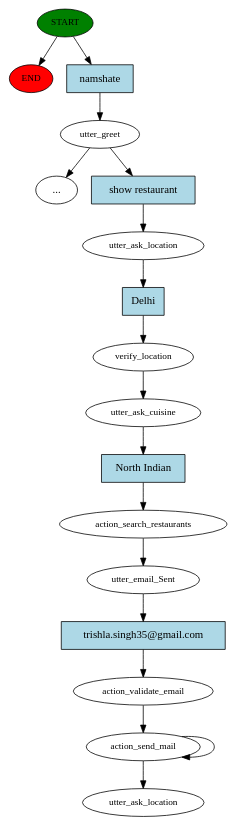
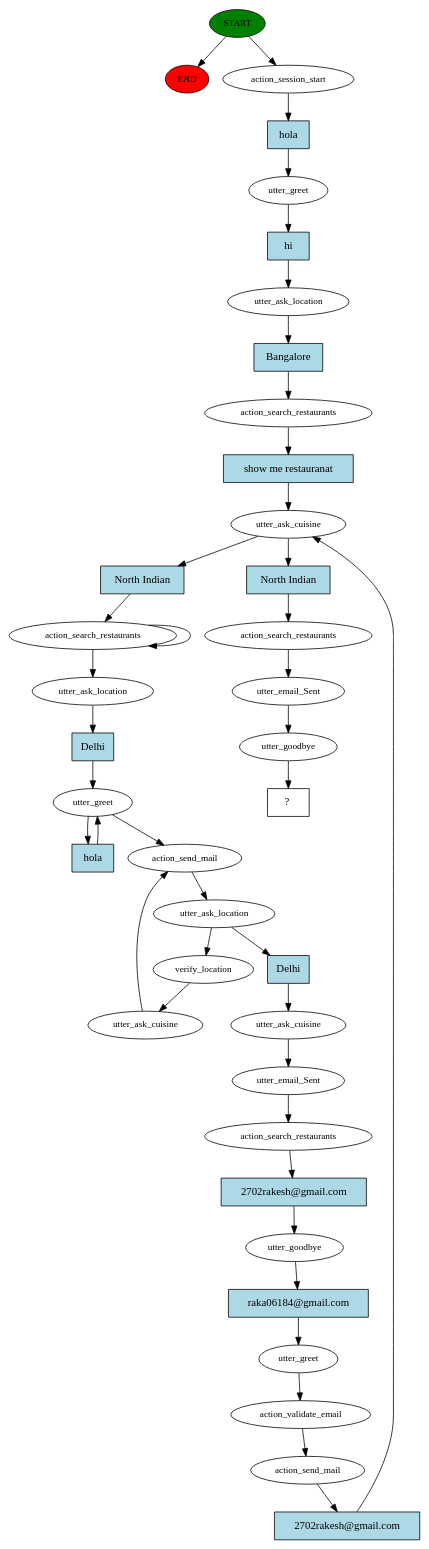
The diagram in story_graph.dot (RakeshKumar045/Restaurant_Rasa_Chatbot_Python), drawn with Graphviz before and after one commit. The commit also changed 3 other files, not shown here.

```diff
--- a/story_graph.dot
+++ b/story_graph.dot
@@ -1,36 +1,79 @@
 digraph  {
 0 [class="start active", fillcolor=green, fontsize=12, label=START, style=filled];
 "-1" [class=end, fillcolor=red, fontsize=12, label=END, style=filled];
-1 [class=active, fontsize=12, label=utter_greet];
-"-13" [class=ellipsis, label="..."];
-13 [class=active, fontsize=12, label=utter_ask_location];
-14 [class=active, fontsize=12, label=verify_location];
-15 [class=active, fontsize=12, label=utter_ask_cuisine];
-16 [class=active, fontsize=12, label=action_search_restaurants];
-17 [class=active, fontsize=12, label=utter_email_Sent];
-18 [class=active, fontsize=12, label=action_validate_email];
-19 [class=active, fontsize=12, label=action_send_mail];
-22 [class="dashed active", fontsize=12, label=utter_ask_location];
-23 [class="intent active", fillcolor=lightblue, label=namshate, shape=rect, style=filled];
-24 [class="intent active", fillcolor=lightblue, label="show restaurant", shape=rect, style=filled];
-25 [class="intent active", fillcolor=lightblue, label=Delhi, shape=rect, style=filled];
-26 [class="intent active", fillcolor=lightblue, label="North Indian", shape=rect, style=filled];
-27 [class="intent active", fillcolor=lightblue, label="trishla.singh35@gmail.com", shape=rect, style=filled];
+1 [class=active, fontsize=12, label=action_session_start];
+2 [class=active, fontsize=12, label=utter_greet];
+3 [class=active, fontsize=12, label=utter_ask_location];
+4 [class=active, fontsize=12, label=action_search_restaurants];
+5 [class=active, fontsize=12, label=utter_ask_cuisine];
+6 [class=active, fontsize=12, label=action_search_restaurants];
+8 [class=active, fontsize=12, label=utter_ask_location];
+9 [class=active, fontsize=12, label=utter_greet];
+11 [class=active, fontsize=12, label=action_send_mail];
+12 [class=active, fontsize=12, label=utter_ask_location];
+13 [class=active, fontsize=12, label=verify_location];
+14 [class=active, fontsize=12, label=utter_ask_cuisine];
+17 [class=active, fontsize=12, label=utter_ask_cuisine];
+18 [class=active, fontsize=12, label=utter_email_Sent];
+19 [class=active, fontsize=12, label=action_search_restaurants];
+20 [class=active, fontsize=12, label=utter_goodbye];
+21 [class=active, fontsize=12, label=utter_greet];
+22 [class=active, fontsize=12, label=action_validate_email];
+23 [class=active, fontsize=12, label=action_send_mail];
+25 [class=active, fontsize=12, label=action_search_restaurants];
+26 [class=active, fontsize=12, label=utter_email_Sent];
+27 [class=active, fontsize=12, label=utter_goodbye];
+28 [class="intent dashed active", label="  ?  ", shape=rect];
+29 [class="intent active", fillcolor=lightblue, label=hola, shape=rect, style=filled];
+30 [class="intent active", fillcolor=lightblue, label=hi, shape=rect, style=filled];
+31 [class="intent active", fillcolor=lightblue, label=Bangalore, shape=rect, style=filled];
+32 [class="intent active", fillcolor=lightblue, label="show me restauranat", shape=rect, style=filled];
+33 [class="intent active", fillcolor=lightblue, label="North Indian", shape=rect, style=filled];
+34 [class="intent active", fillcolor=lightblue, label="North Indian", shape=rect, style=filled];
+35 [class="intent active", fillcolor=lightblue, label=Delhi, shape=rect, style=filled];
+36 [class="intent active", fillcolor=lightblue, label=hola, shape=rect, style=filled];
+37 [class="intent active", fillcolor=lightblue, label=Delhi, shape=rect, style=filled];
+38 [class="intent active", fillcolor=lightblue, label="2702rakesh@gmail.com", shape=rect, style=filled];
+39 [class="intent active", fillcolor=lightblue, label="raka06184@gmail.com", shape=rect, style=filled];
+40 [class="intent active", fillcolor=lightblue, label="2702rakesh@gmail.com", shape=rect, style=filled];
 0 -> "-1"  [class="", key=NONE, label=""];
-0 -> 23  [class=active, key=0];
-1 -> "-13"  [class="", key=NONE, label=""];
-1 -> 24  [class=active, key=0];
-13 -> 25  [class=active, key=0];
-14 -> 15  [class=active, key=NONE, label=""];
-15 -> 26  [class=active, key=0];
-16 -> 17  [class=active, key=NONE, label=""];
-17 -> 27  [class=active, key=0];
+0 -> 1  [class=active, key=NONE, label=""];
+1 -> 29  [class=active, key=0];
+2 -> 30  [class=active, key=0];
+3 -> 31  [class=active, key=0];
+4 -> 32  [class=active, key=0];
+5 -> 33  [class=active, key=0];
+5 -> 34  [class=active, key=0];
+6 -> 8  [class=active, key=NONE, label=""];
+6 -> 6  [class=active, key=NONE, label=""];
+8 -> 35  [class=active, key=0];
+9 -> 11  [class=active, key=NONE, label=""];
+9 -> 36  [class=active, key=0];
+11 -> 12  [class=active, key=NONE, label=""];
+12 -> 13  [class=active, key=NONE, label=""];
+12 -> 37  [class=active, key=0];
+13 -> 14  [class=active, key=NONE, label=""];
+14 -> 11  [class=active, key=NONE, label=""];
+17 -> 18  [class=active, key=NONE, label=""];
 18 -> 19  [class=active, key=NONE, label=""];
-19 -> 19  [class=active, key=NONE, label=""];
-19 -> 22  [class=active, key=NONE, label=""];
-23 -> 1  [class=active, key=0];
-24 -> 13  [class=active, key=0];
-25 -> 14  [class=active, key=0];
-26 -> 16  [class=active, key=0];
-27 -> 18  [class=active, key=0];
+19 -> 38  [class=active, key=0];
+20 -> 39  [class=active, key=0];
+21 -> 22  [class=active, key=NONE, label=""];
+22 -> 23  [class=active, key=NONE, label=""];
+23 -> 40  [class=active, key=0];
+25 -> 26  [class=active, key=NONE, label=""];
+26 -> 27  [class=active, key=NONE, label=""];
+27 -> 28  [class=active, key=NONE, label=""];
+29 -> 2  [class=active, key=0];
+30 -> 3  [class=active, key=0];
+31 -> 4  [class=active, key=0];
+32 -> 5  [class=active, key=0];
+33 -> 6  [class=active, key=0];
+34 -> 25  [class=active, key=0];
+35 -> 9  [class=active, key=0];
+36 -> 9  [class=active, key=0];
+37 -> 17  [class=active, key=0];
+38 -> 20  [class=active, key=0];
+39 -> 21  [class=active, key=0];
+40 -> 5  [class=active, key=0];
 }
```
